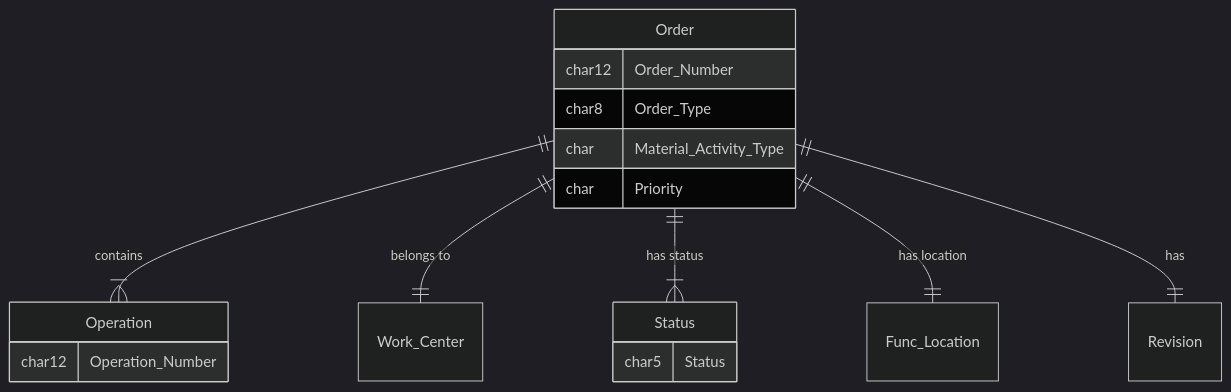
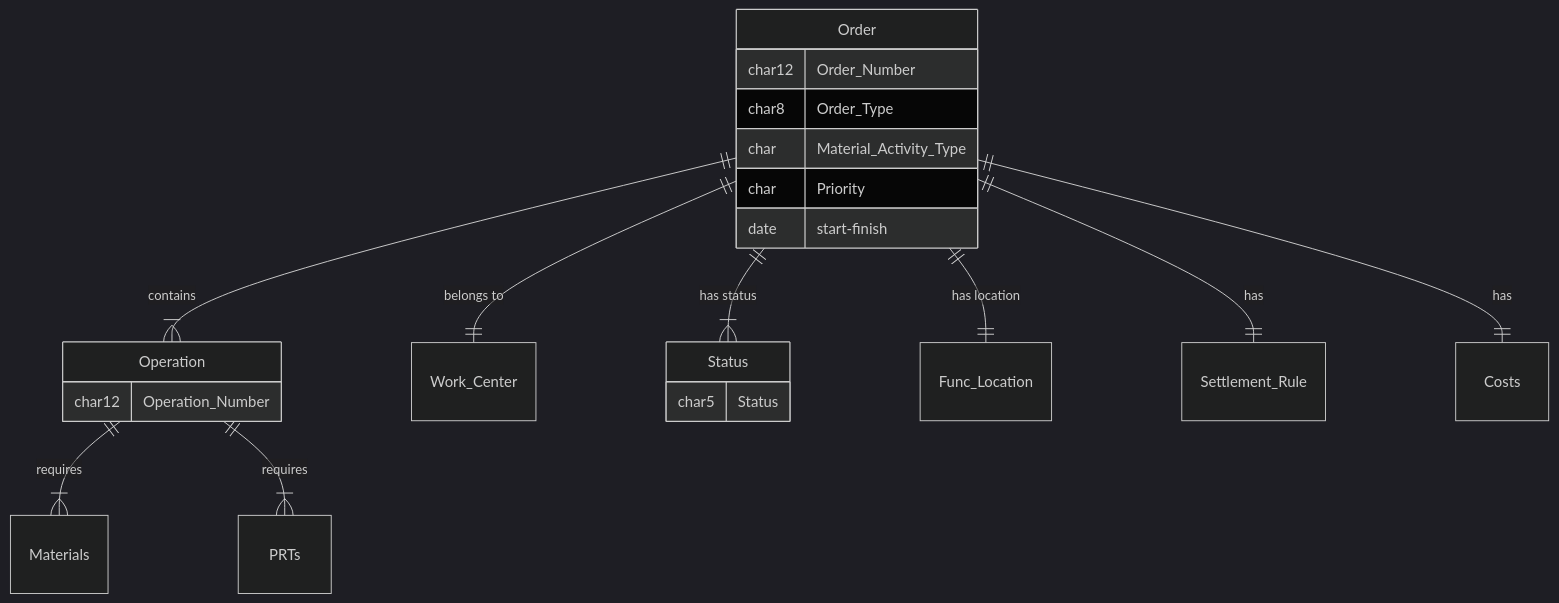
Before and after one commit to qurm/sap-diagrams: the second of 3 diagrams in ERP/PM/pm_order.md, drawn with Mermaid (dark theme). The commit also changed other lines of this file and 6 other files, not shown here.

````diff
--- a/ERP/PM/pm_order.md
+++ b/ERP/PM/pm_order.md
@@ -19,24 +19,28 @@
 ```mermaid
 erDiagram
     Order ||--|{ Operation : contains
+    Operation ||--|{ Materials : requires
+    Operation ||--|{ PRTs : requires
     Order ||--|| Work_Center : "belongs to"
     Order ||--|{ Status : "has status"
     Order ||--|| Func_Location : "has location"
-    Order ||--|| Revision : has
+    Order ||--|| Settlement_Rule : has
+    Order ||--|| Costs : has
     
     Order {
         char12 Order_Number
         char8 Order_Type
         char Material_Activity_Type
         char Priority
+        date start-finish
     }
  
     Operation {
         char12 Operation_Number
     }
     
     Status {
         char5 Status
     }
 
 ```  
````
